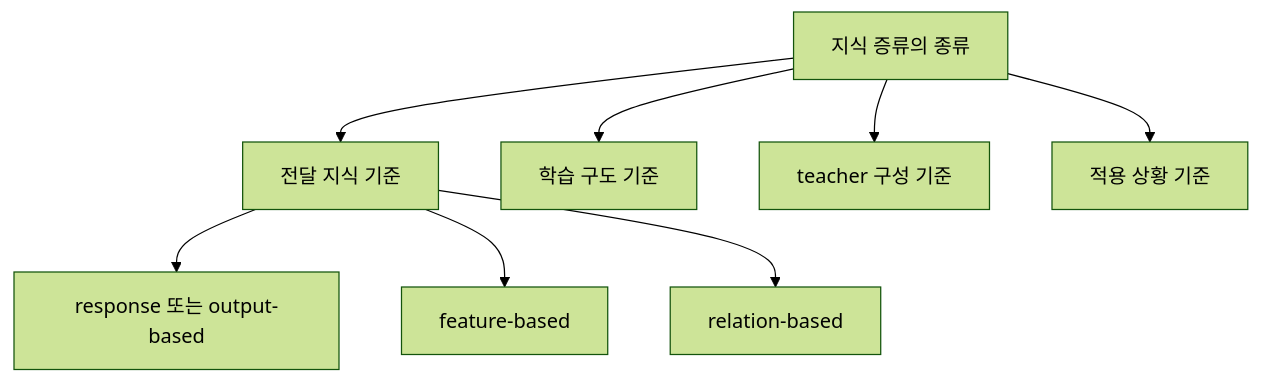
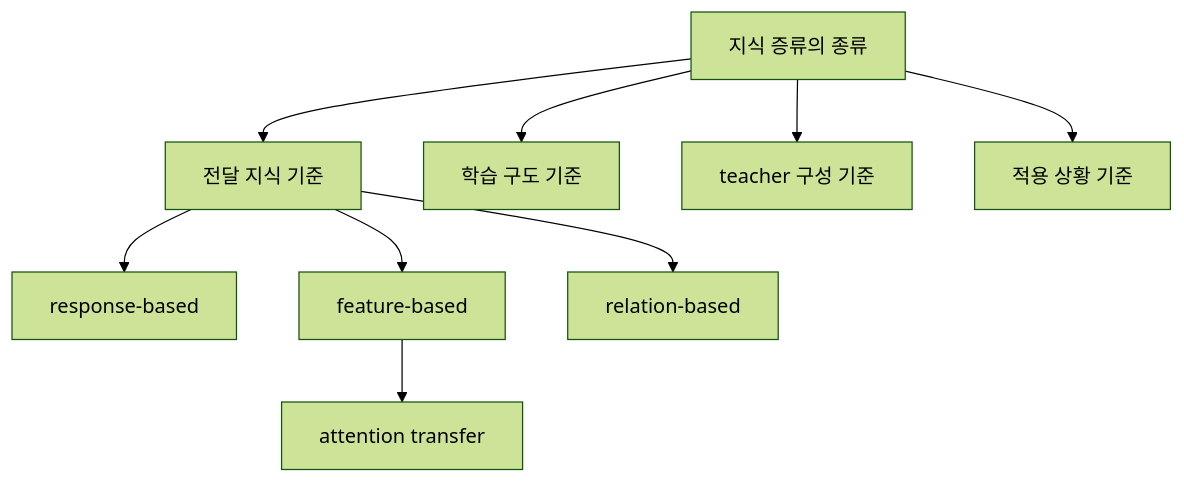
The diagram in docs/types-of-knowledge-distillation.md (lee-seong-wook/knowledge-distillation-guide), drawn with Mermaid (forest theme) before and after one commit. The commit also changed other lines of this file and 5 other files, not shown here.

````diff
--- a/docs/types-of-knowledge-distillation.md
+++ b/docs/types-of-knowledge-distillation.md
@@ -14,10 +16,11 @@
 ```mermaid
 flowchart TD
     A[지식 증류의 종류] --> B[전달 지식 기준]
     A --> C[학습 구도 기준]
     A --> D[teacher 구성 기준]
     A --> E[적용 상황 기준]
-    B --> B1[response 또는 output-based]
+    B --> B1[response-based]
     B --> B2[feature-based]
     B --> B3[relation-based]
+    B2 --> B21[attention transfer]
 ```
````
